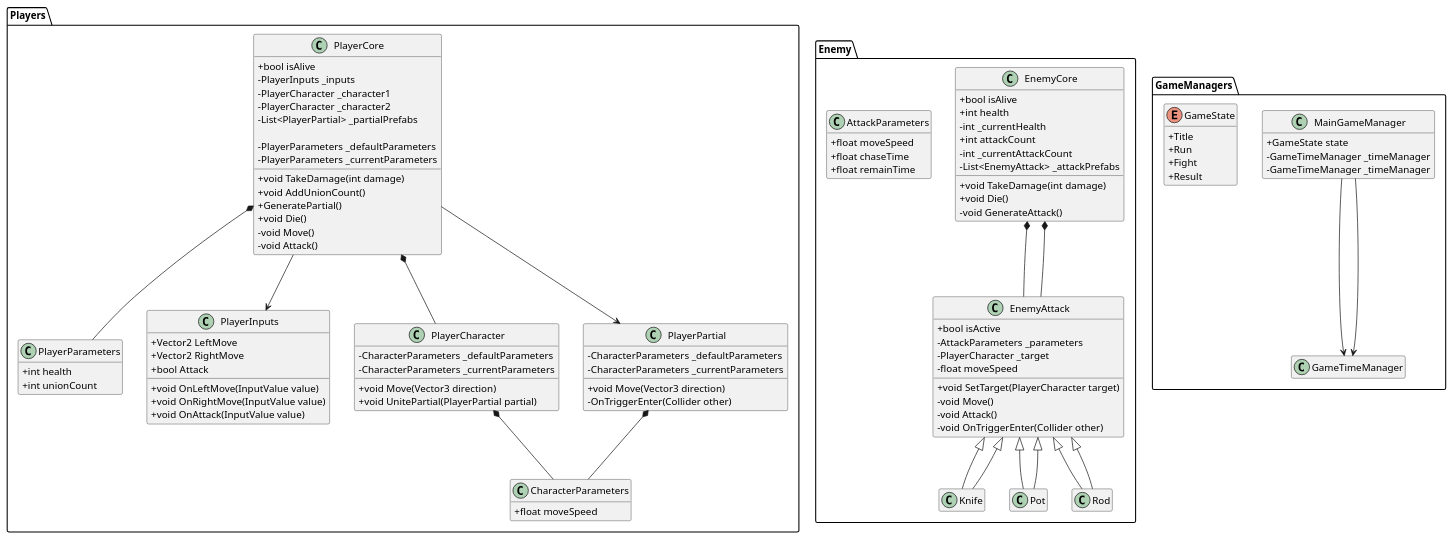
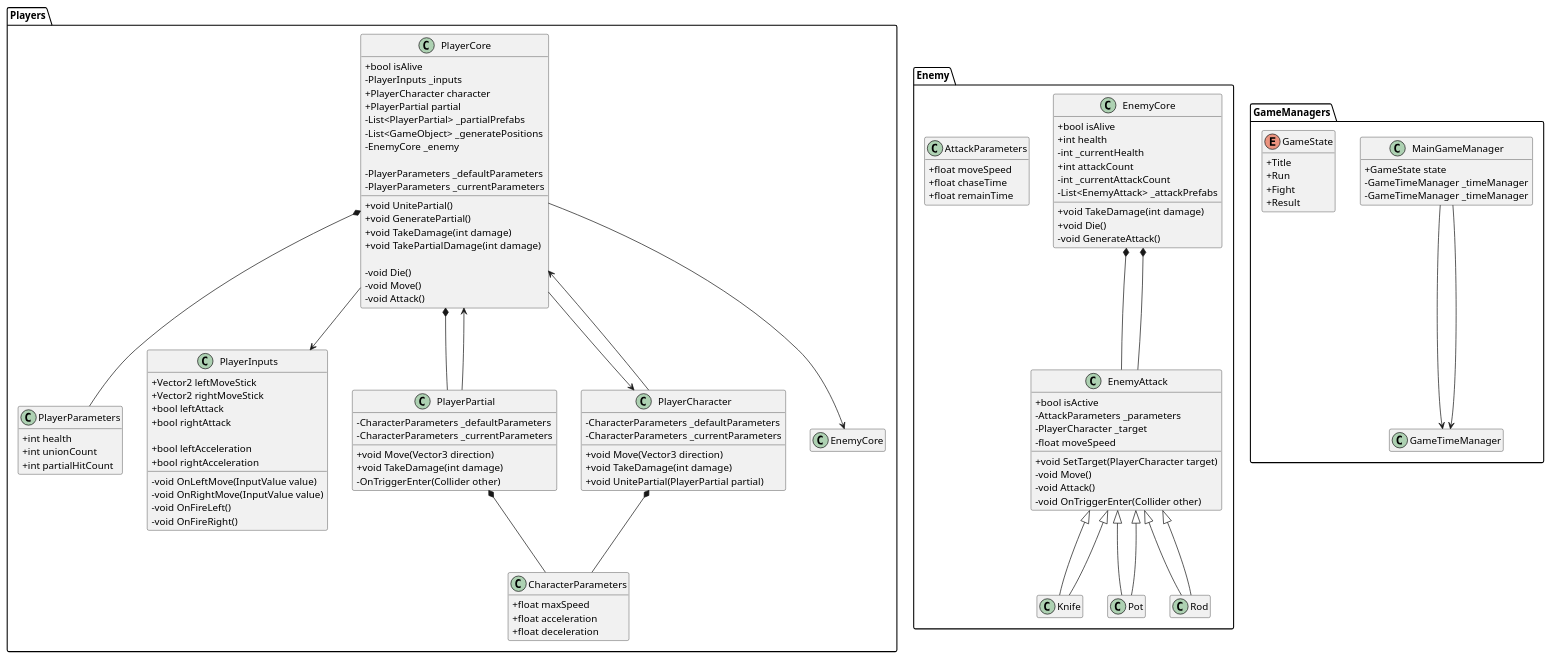
The diagram in UML/class.pu (asterisk-cn/BSGJ-E1), drawn with PlantUML before and after one commit. The commit also changed 3 other files, not shown here.

```diff
--- a/UML/class.pu
+++ b/UML/class.pu
@@ -1,146 +1,164 @@
 @startuml Class
 skinparam classAttributeIconSize 0
 hide empty members
 
 namespace Players {
     class PlayerParameters{
         + int health
         + int unionCount
+        + int partialHitCount
     }
 
     class CharacterParameters{
-        + float moveSpeed
+        + float maxSpeed
+        + float acceleration
+        + float deceleration
     }
 
     class PlayerInputs{
-        + Vector2 LeftMove
-        + Vector2 RightMove
-        + bool Attack
+        + Vector2 leftMoveStick
+        + Vector2 rightMoveStick
+        + bool leftAttack
+        + bool rightAttack
 
-        + void OnLeftMove(InputValue value)
-        + void OnRightMove(InputValue value)
-        + void OnAttack(InputValue value)
+        + bool leftAcceleration
+        + bool rightAcceleration
+
+        - void OnLeftMove(InputValue value)
+        - void OnRightMove(InputValue value)
+        - void OnFireLeft()
+        - void OnFireRight()
     }
 
 
     class PlayerCore {
         + bool isAlive
         - PlayerInputs _inputs
-        - PlayerCharacter _character1
-        - PlayerCharacter _character2
+        + PlayerCharacter character
+        + PlayerPartial partial
         - List<PlayerPartial> _partialPrefabs
+        - List<GameObject> _generatePositions
+        - EnemyCore _enemy
 
         - PlayerParameters _defaultParameters
         - PlayerParameters _currentParameters
 
+        + void UnitePartial()
+        + void GeneratePartial()
         + void TakeDamage(int damage)
-        + void AddUnionCount()
-        + GeneratePartial()
-        + void Die()
+        + void TakePartialDamage(int damage)
+
+        - void Die()
         - void Move()
         - void Attack()
     }
 
+    PlayerCore *-- PlayerParameters
+    PlayerCore *-- PlayerPartial
+
     PlayerCore --> PlayerInputs
-    PlayerCore *-- PlayerParameters
+    PlayerCore --> PlayerCharacter
+    PlayerCore --> EnemyCore
 
     class PlayerCharacter {
         - CharacterParameters _defaultParameters
         - CharacterParameters _currentParameters
 
         + void Move(Vector3 direction)
+        + void TakeDamage(int damage)
         + void UnitePartial(PlayerPartial partial)
     }
 
-    PlayerCore *-- PlayerCharacter
+    PlayerCore <-- PlayerCharacter
     PlayerCharacter *-- CharacterParameters
 
     class PlayerPartial {
         - CharacterParameters _defaultParameters
         - CharacterParameters _currentParameters
 
         + void Move(Vector3 direction)
+        + void TakeDamage(int damage)
         - OnTriggerEnter(Collider other)
     }
 
-    PlayerCore --> PlayerPartial
+    PlayerCore <-- PlayerPartial
     PlayerPartial *-- CharacterParameters
 }
 
 namespace Enemy {
     class EnemyCore {
         + bool isAlive
         + int health
         - int _currentHealth
         + int attackCount
         - int _currentAttackCount
         - List<EnemyAttack> _attackPrefabs
 
         + void TakeDamage(int damage)
         + void Die()
         - void GenerateAttack()
     }
 
     class AttackParameters {
         + float moveSpeed
         + float chaseTime
         + float remainTime
     }
 
     class EnemyAttack {
         + bool isActive
         - AttackParameters _parameters
         - PlayerCharacter _target
         - float moveSpeed
 
         + void SetTarget(PlayerCharacter target)
         - void Move()
         - void Attack()
         - void OnTriggerEnter(Collider other)
     }
 
     EnemyCore *-- EnemyAttack
 
     class Knife
     class Pot
     Class Rod
 
     EnemyAttack <|-- Knife
     EnemyAttack <|-- Pot
     EnemyAttack <|-- Rod
 
     EnemyCore *-- EnemyAttack
 
     class Knife
     class Pot
     Class Rod
 
     EnemyAttack <|-- Knife
     EnemyAttack <|-- Pot
     EnemyAttack <|-- Rod
 }
 
 namespace GameManagers {
     class MainGameManager {
         + GameState state
         - GameTimeManager _timeManager
         - GameTimeManager _timeManager
     }
 
     enum GameState{
         + Title
         + Run
         + Fight
         + Result
     }
 
     class GameTimeManager
 
     MainGameManager --> GameTimeManager
 
     class GameTimeManager
 
     MainGameManager --> GameTimeManager
 }
 
 @enduml
```
